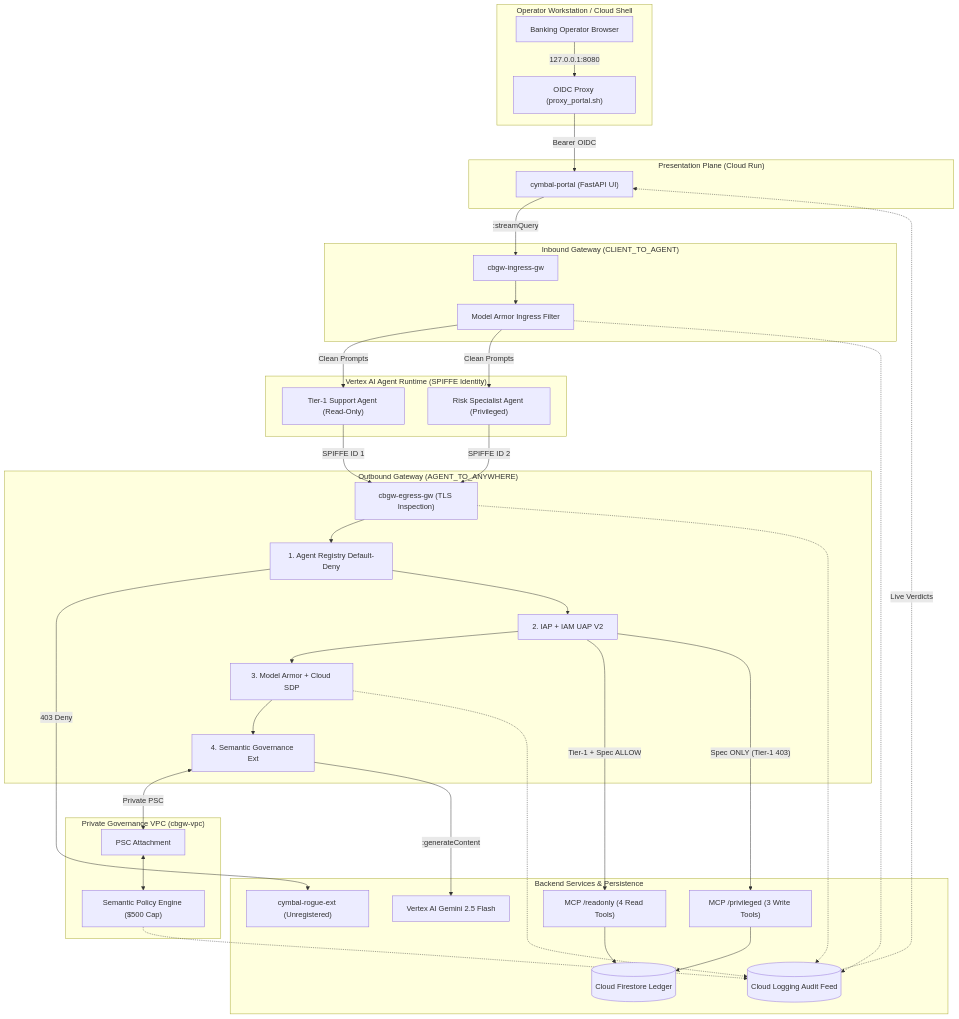
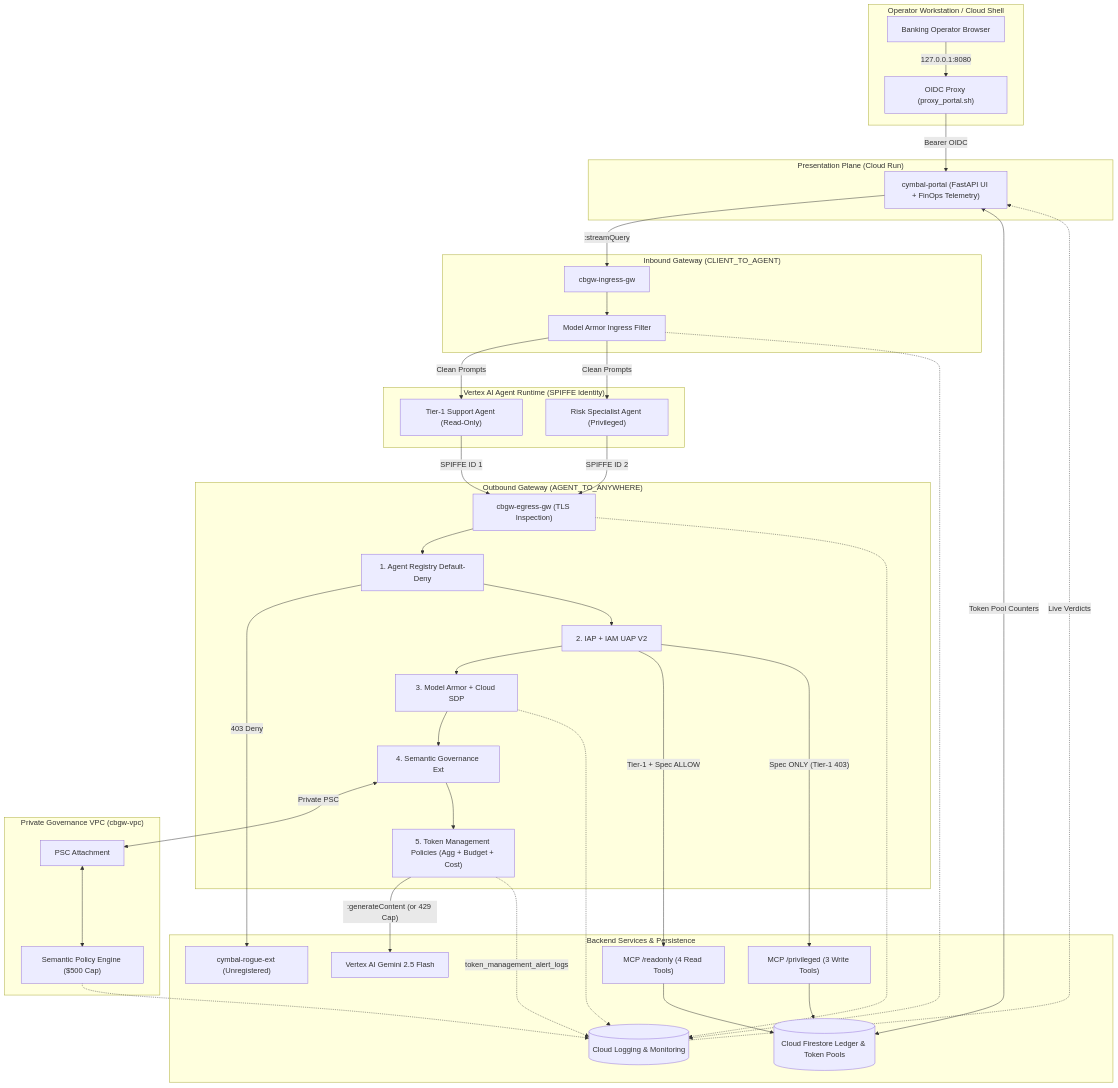
Before and after one commit to pradeesi/AgentGateway: the first of 2 diagrams in README.md, drawn with Mermaid. The commit also changed other lines of this file and 29 other files, not shown here.

Commit message:
feat(governance): add Agent Gateway Token Management policies, FinOps UI & docs

````diff
--- a/README.md
+++ b/README.md
@@ -24,73 +25,77 @@
 ```mermaid
 flowchart TB
     subgraph ClientZone["Operator Workstation / Cloud Shell"]
         Op["Banking Operator Browser"]
         Proxy["OIDC Proxy (proxy_portal.sh)"]
     end
 
     subgraph Presentation["Presentation Plane (Cloud Run)"]
-        Portal["cymbal-portal (FastAPI UI)"]
+        Portal["cymbal-portal (FastAPI UI + FinOps Telemetry)"]
     end
 
     subgraph IngressPlane["Inbound Gateway (CLIENT_TO_AGENT)"]
         IngGW["cbgw-ingress-gw"]
         IngMA["Model Armor Ingress Filter"]
     end
 
     subgraph RuntimePlane["Vertex AI Agent Runtime (SPIFFE Identity)"]
         T1["Tier-1 Support Agent (Read-Only)"]
         Spec["Risk Specialist Agent (Privileged)"]
     end
 
     subgraph EgressPlane["Outbound Gateway (AGENT_TO_ANYWHERE)"]
         EgGW["cbgw-egress-gw (TLS Inspection)"]
         Reg["1. Agent Registry Default-Deny"]
         UAP["2. IAP + IAM UAP V2"]
         EgMA["3. Model Armor + Cloud SDP"]
         SGPExt["4. Semantic Governance Ext"]
+        TM["5. Token Management Policies (Agg + Budget + Cost)"]
     end
 
     subgraph PrivateVPC["Private Governance VPC (cbgw-vpc)"]
         PSC["PSC Attachment"]
         SGPEng["Semantic Policy Engine ($500 Cap)"]
     end
 
     subgraph ToolingDataPlane["Backend Services & Persistence"]
         VertexLLM["Vertex AI Gemini 2.5 Flash"]
         MCPRo["MCP /readonly (4 Read Tools)"]
         MCPPriv["MCP /privileged (3 Write Tools)"]
         Rogue["cymbal-rogue-ext (Unregistered)"]
-        FS[("Cloud Firestore Ledger")]
-        Logs[("Cloud Logging Audit Feed")]
+        FS[("Cloud Firestore Ledger & Token Pools")]
+        Logs[("Cloud Logging & Monitoring")]
     end
 
     Op -->|"127.0.0.1:8080"| Proxy
     Proxy -->|"Bearer OIDC"| Portal
     Portal -->|":streamQuery"| IngGW
     IngGW --> IngMA
     IngMA -->|"Clean Prompts"| T1
     IngMA -->|"Clean Prompts"| Spec
 
     T1 -->|"SPIFFE ID 1"| EgGW
     Spec -->|"SPIFFE ID 2"| EgGW
 
     EgGW --> Reg
     Reg -->|"403 Deny"| Rogue
     Reg --> UAP
     UAP --> EgMA
     EgMA --> SGPExt
     SGPExt <-->|"Private PSC"| PSC
     PSC <--> SGPEng
+    SGPExt --> TM
 
-    SGPExt -->|":generateContent"| VertexLLM
+    TM -->|":generateContent (or 429 Cap)"| VertexLLM
     UAP -->|"Tier-1 + Spec ALLOW"| MCPRo
     UAP -->|"Spec ONLY (Tier-1 403)"| MCPPriv
     MCPRo --> FS
     MCPPriv --> FS
+    Portal <-->|"Token Pool Counters"| FS
 
     IngMA -.-> Logs
     EgGW -.-> Logs
     EgMA -.-> Logs
     SGPEng -.-> Logs
+    TM -.->|"token_management_alert_logs"| Logs
     Logs -.->|"Live Verdicts"| Portal
 ```
````
